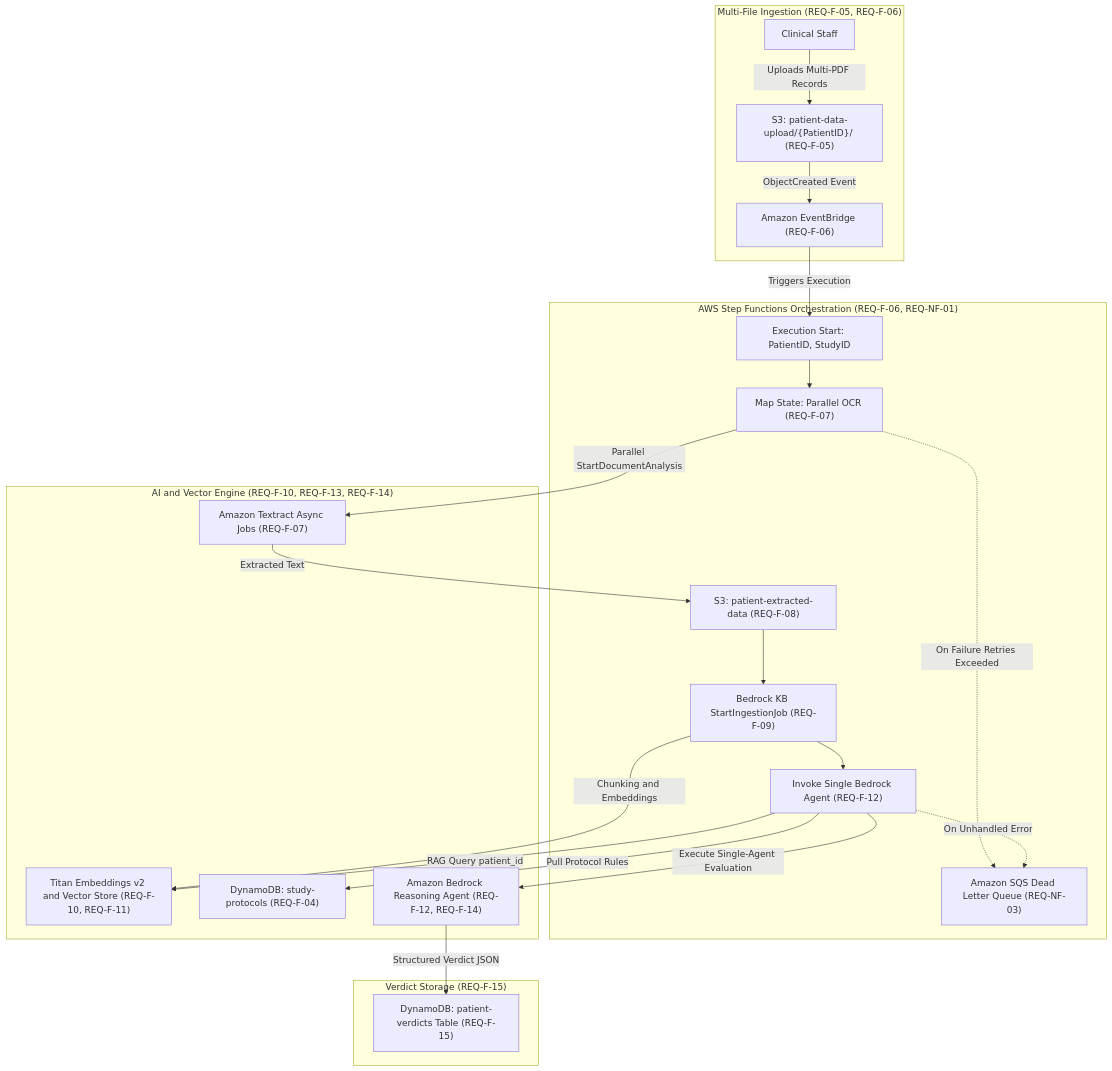
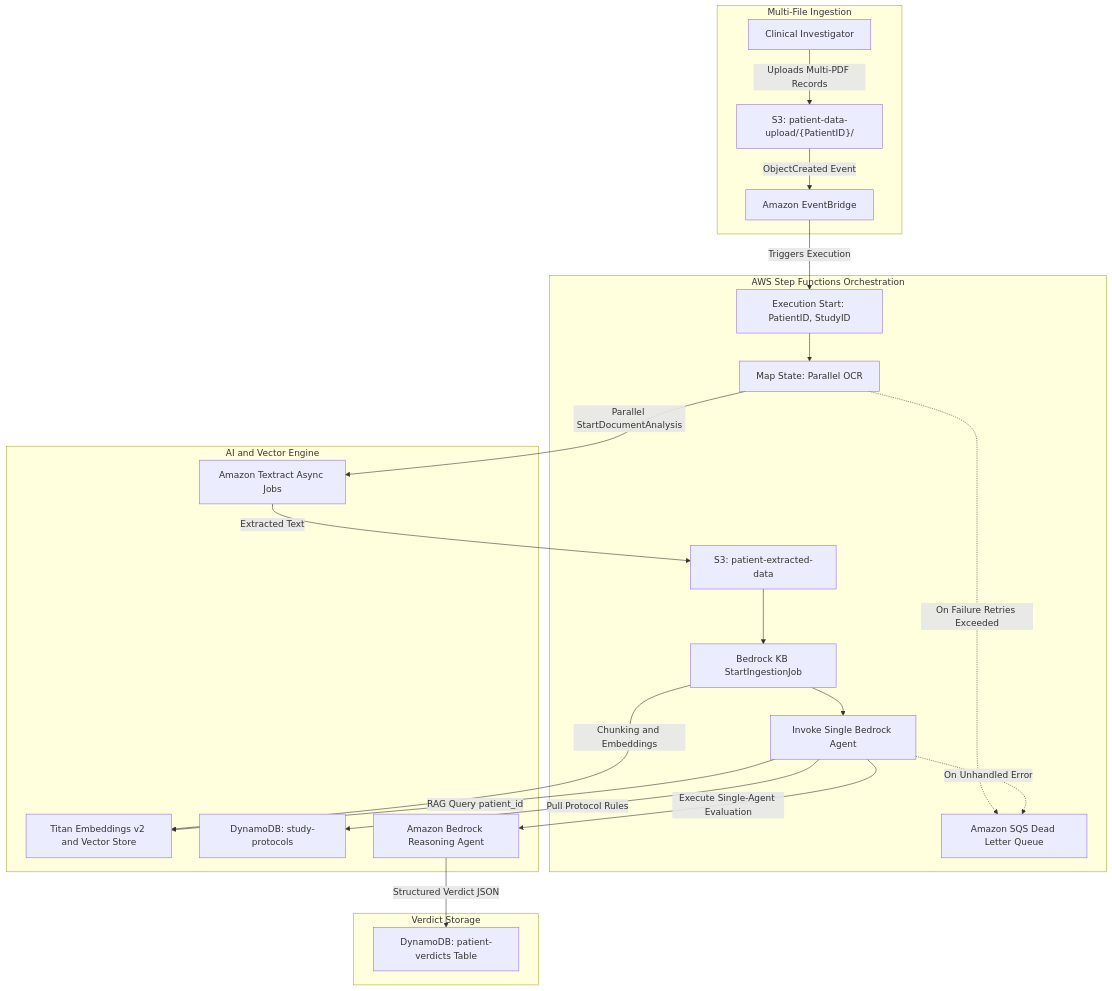
Before and after one commit to skarj/aws-solution-medical-agent: the fourth of 6 diagrams in Architecture.md, drawn with Mermaid. The commit also changed other lines of this file and 5 other files, not shown here.

Commit message:
Remove tags from diagrams, change persona name

````diff
--- a/Architecture.md
+++ b/Architecture.md
@@ -121,44 +121,44 @@
 ```mermaid
 graph TD
-    subgraph Ingestion_Trigger ["Multi-File Ingestion (REQ-F-05, REQ-F-06)"]
-        CLINICIAN["Clinical Staff"]
-        S3_PATIENT["S3: patient-data-upload/{PatientID}/ (REQ-F-05)"]
-        EV_BRIDGE["Amazon EventBridge (REQ-F-06)"]
+    subgraph Ingestion_Trigger ["Multi-File Ingestion"]
+        CLINICIAN["Clinical Investigator"]
+        S3_PATIENT["S3: patient-data-upload/{PatientID}/"]
+        EV_BRIDGE["Amazon EventBridge"]
     end
 
-    subgraph State_Machine ["AWS Step Functions Orchestration (REQ-F-06, REQ-NF-01)"]
+    subgraph State_Machine ["AWS Step Functions Orchestration"]
         SFN_START["Execution Start: PatientID, StudyID"]
-        MAP_OCR["Map State: Parallel OCR (REQ-F-07)"]
-        S3_EXTRACT["S3: patient-extracted-data (REQ-F-08)"]
-        KB_INGEST["Bedrock KB StartIngestionJob (REQ-F-09)"]
-        INVOKE_AGENT["Invoke Single Bedrock Agent (REQ-F-12)"]
-        SQS_DLQ["Amazon SQS Dead Letter Queue (REQ-NF-03)"]
+        MAP_OCR["Map State: Parallel OCR"]
+        S3_EXTRACT["S3: patient-extracted-data"]
+        KB_INGEST["Bedrock KB StartIngestionJob"]
+        INVOKE_AGENT["Invoke Single Bedrock Agent"]
+        SQS_DLQ["Amazon SQS Dead Letter Queue"]
     end
 
-    subgraph AI_RAG_Services ["AI and Vector Engine (REQ-F-10, REQ-F-13, REQ-F-14)"]
-        TEXTRACT_ASYNC["Amazon Textract Async Jobs (REQ-F-07)"]
-        TITAN_EMB["Titan Embeddings v2 and Vector Store (REQ-F-10, REQ-F-11)"]
-        DDB_PROTO["DynamoDB: study-protocols (REQ-F-04)"]
-        BEDROCK_AGENT["Amazon Bedrock Reasoning Agent (REQ-F-12, REQ-F-14)"]
+    subgraph AI_RAG_Services ["AI and Vector Engine"]
+        TEXTRACT_ASYNC["Amazon Textract Async Jobs"]
+        TITAN_EMB["Titan Embeddings v2 and Vector Store"]
+        DDB_PROTO["DynamoDB: study-protocols"]
+        BEDROCK_AGENT["Amazon Bedrock Reasoning Agent"]
     end
 
-    subgraph Persistence ["Verdict Storage (REQ-F-15)"]
-        DDB_VERDICT["DynamoDB: patient-verdicts Table (REQ-F-15)"]
+    subgraph Persistence ["Verdict Storage"]
+        DDB_VERDICT["DynamoDB: patient-verdicts Table"]
     end
 
     CLINICIAN -->|"Uploads Multi-PDF Records"| S3_PATIENT
     S3_PATIENT -->|"ObjectCreated Event"| EV_BRIDGE
     EV_BRIDGE -->|"Triggers Execution"| SFN_START
     SFN_START --> MAP_OCR
     MAP_OCR -->|"Parallel StartDocumentAnalysis"| TEXTRACT_ASYNC
     TEXTRACT_ASYNC -->|"Extracted Text"| S3_EXTRACT
     S3_EXTRACT --> KB_INGEST
     KB_INGEST -->|"Chunking and Embeddings"| TITAN_EMB
     KB_INGEST --> INVOKE_AGENT
     INVOKE_AGENT -->|"Pull Protocol Rules"| DDB_PROTO
     INVOKE_AGENT -->|"RAG Query patient_id"| TITAN_EMB
     INVOKE_AGENT -->|"Execute Single-Agent Evaluation"| BEDROCK_AGENT
     BEDROCK_AGENT -->|"Structured Verdict JSON"| DDB_VERDICT
     MAP_OCR -.->|"On Failure Retries Exceeded"| SQS_DLQ
     INVOKE_AGENT -.->|"On Unhandled Error"| SQS_DLQ
 ```
````
